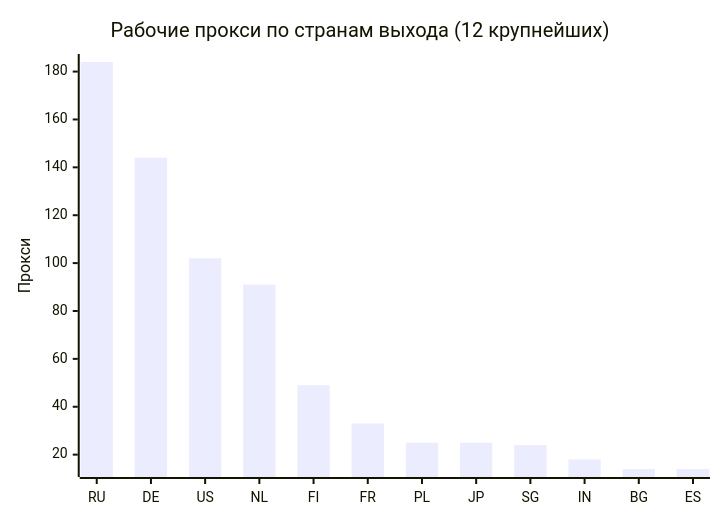
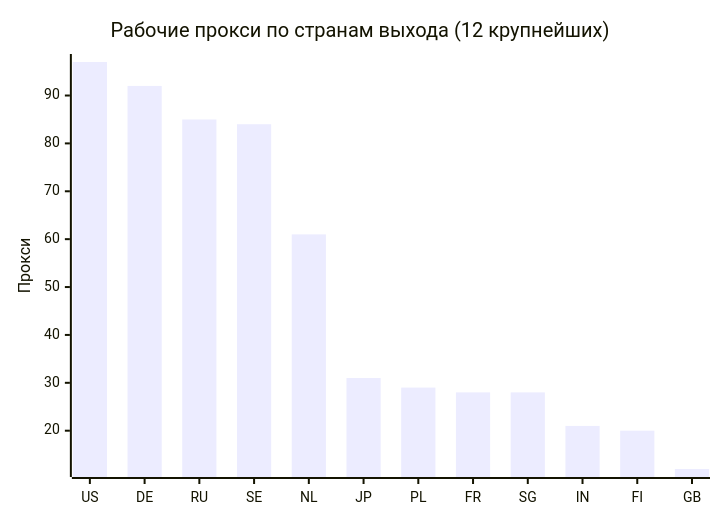
One commit to rvvg/proxy-subs changed the second of 4 diagrams in README.md. Above: the diagram before and after it, drawn with Mermaid. The commit also changed other lines of this file and 49 other files, not shown here.

````diff
--- a/README.md
+++ b/README.md
@@ -124,7 +129,7 @@
 ```mermaid
 xychart-beta
     title "Рабочие прокси по странам выхода (12 крупнейших)"
-    x-axis ["RU", "DE", "US", "NL", "FI", "FR", "PL", "JP", "SG", "IN", "BG", "ES"]
+    x-axis ["US", "DE", "RU", "SE", "NL", "JP", "PL", "FR", "SG", "IN", "FI", "GB"]
     y-axis "Прокси"
-    bar [184, 144, 102, 91, 49, 33, 25, 25, 24, 18, 14, 14]
+    bar [97, 92, 85, 84, 61, 31, 29, 28, 28, 21, 20, 12]
 ```
````
